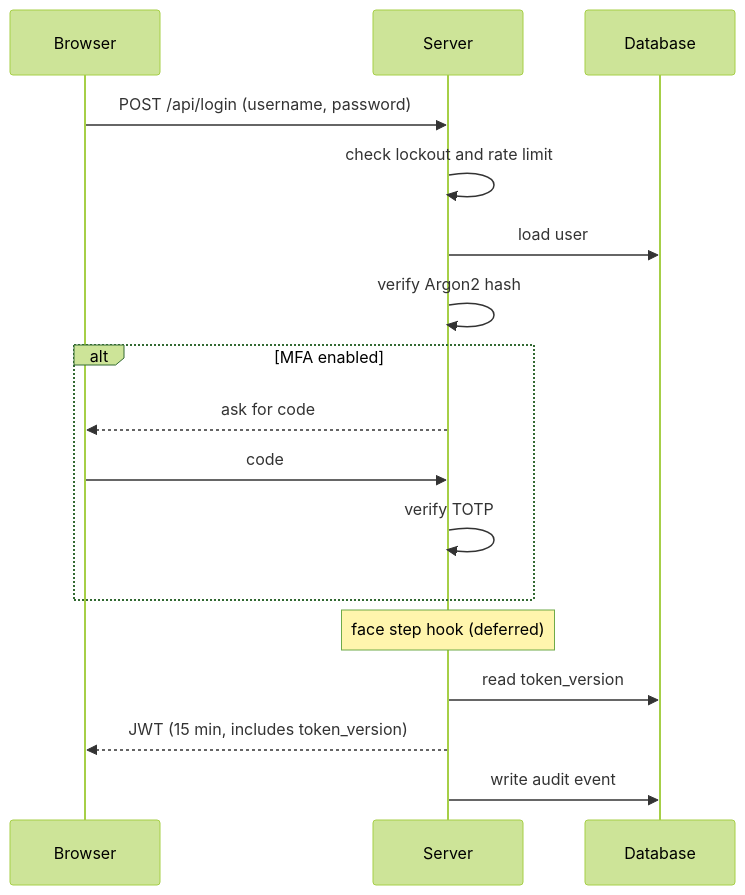
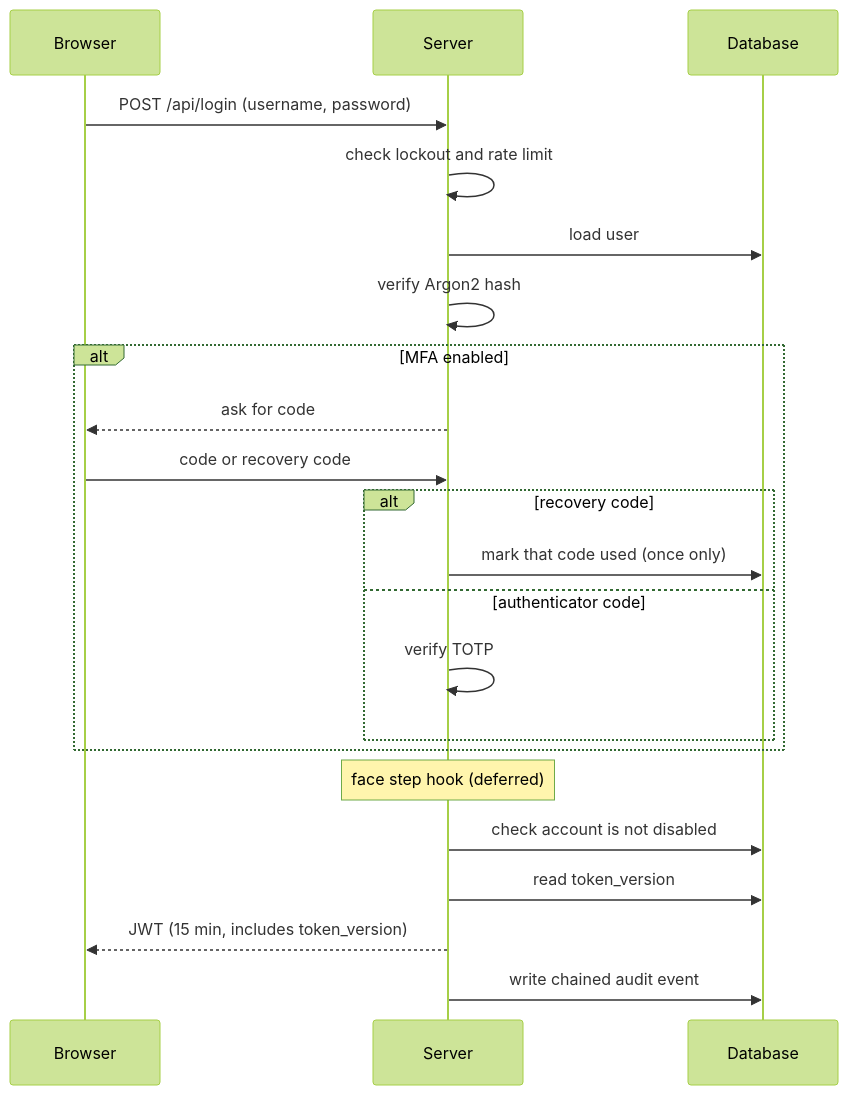
One commit to Vishwadeep47/secure-vault-final changed the second of 2 diagrams in docs/architecture.md. Above: the diagram before and after it, drawn with Mermaid (forest theme). The commit also changed other lines of this file and 50 other files, not shown here.

````diff
--- a/docs/architecture.md
+++ b/docs/architecture.md
@@ -30,19 +32,24 @@
 ```mermaid
 sequenceDiagram
     participant B as Browser
     participant S as Server
     participant D as Database
     B->>S: POST /api/login (username, password)
     S->>S: check lockout and rate limit
     S->>D: load user
     S->>S: verify Argon2 hash
     alt MFA enabled
         S-->>B: ask for code
-        B->>S: code
-        S->>S: verify TOTP
+        B->>S: code or recovery code
+        alt recovery code
+            S->>D: mark that code used (once only)
+        else authenticator code
+            S->>S: verify TOTP
+        end
     end
     Note over S: face step hook (deferred)
+    S->>D: check account is not disabled
     S->>D: read token_version
     S-->>B: JWT (15 min, includes token_version)
-    S->>D: write audit event
+    S->>D: write chained audit event
 ```
````
